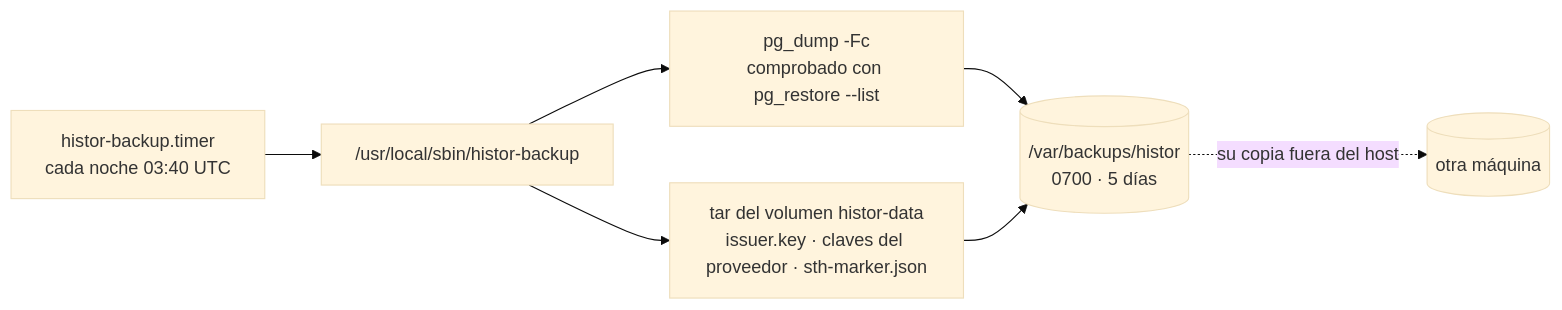
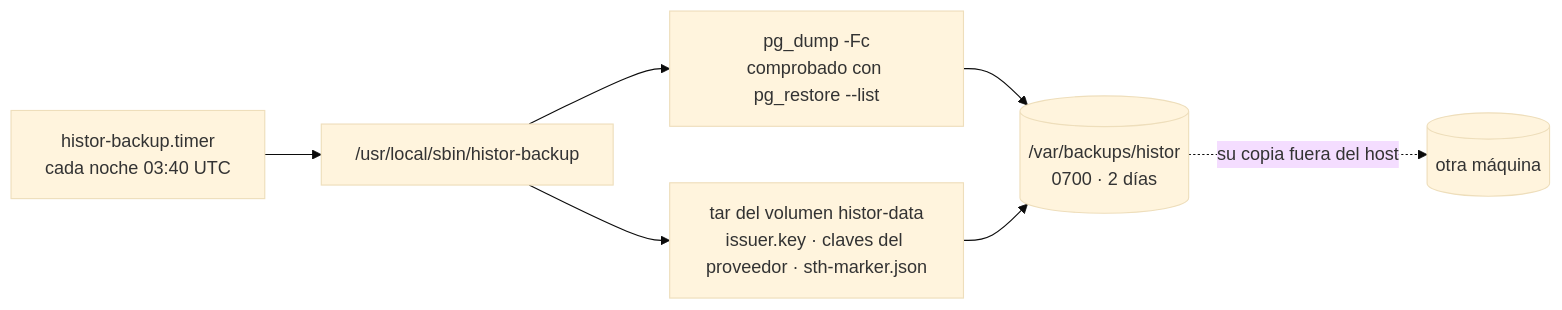
The third of 3 diagrams in docs/operations.es.md (alexar76/histor), drawn with Mermaid (base theme) before and after one commit. The commit also changed 30 other files, not shown here.

````diff
--- a/docs/operations.es.md
+++ b/docs/operations.es.md
@@ -121,9 +121,9 @@
 ```mermaid
 flowchart LR
     T["histor-backup.timer<br/>cada noche 03:40 UTC"] --> S["/usr/local/sbin/histor-backup"]
     S --> D["pg_dump -Fc<br/>comprobado con pg_restore --list"]
     S --> K["tar del volumen histor-data<br/>issuer.key · claves del proveedor · sth-marker.json"]
-    D --> B[("/var/backups/histor<br/>0700 · 5 días")]
+    D --> B[("/var/backups/histor<br/>0700 · 2 días")]
     K --> B
     B -. "su copia fuera del host" .-> O[("otra máquina")]
 ```
````
